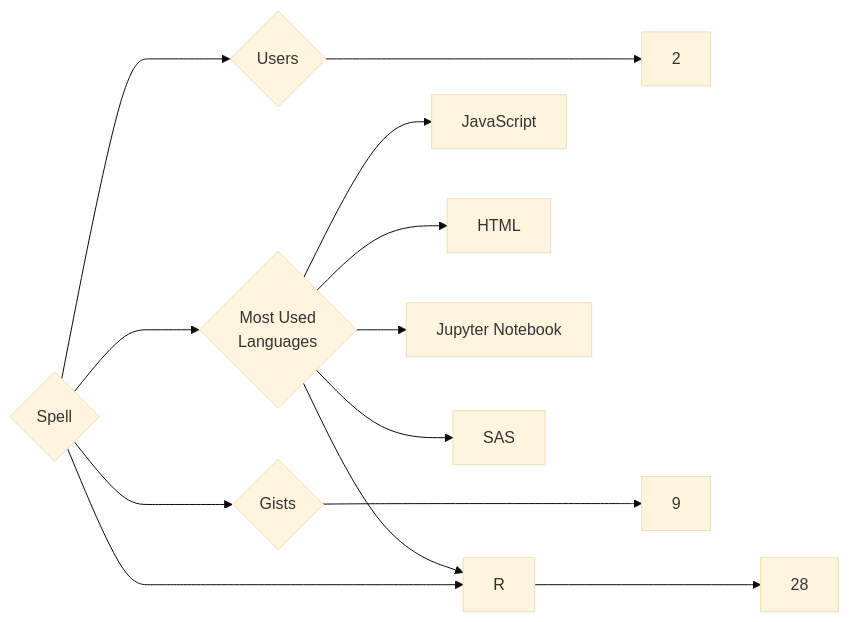
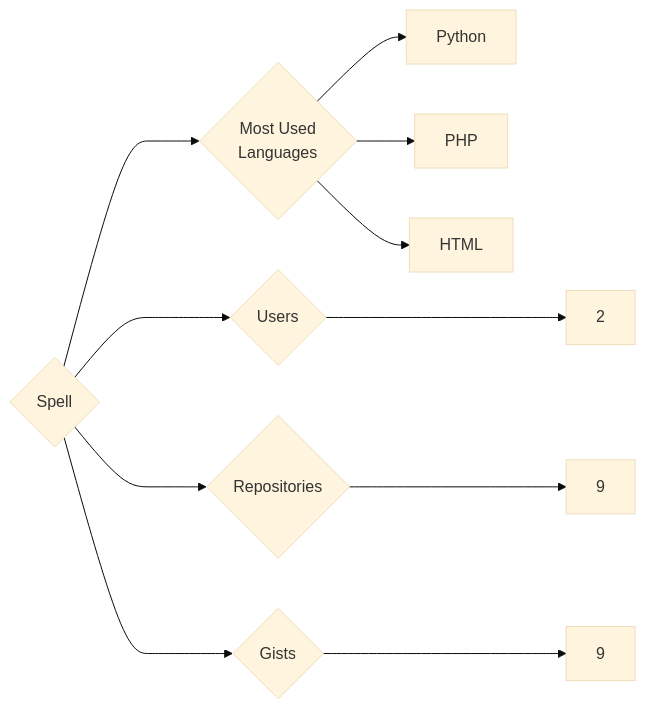
The diagram in targets/Spell/README.md (trickest/insiders), drawn with Mermaid (base theme) before and after one commit. The commit also changed 682 other files, not shown here.

````diff
--- a/targets/Spell/README.md
+++ b/targets/Spell/README.md
@@ -3,13 +3,11 @@
 ```mermaid
 graph LR
 COMPANY_NAME{Spell}
 COMPANY_NAME ---> U{Users} ---> UN[2]
-COMPANY_NAME ---> R{Repositories} ---> RN[28]
+COMPANY_NAME ---> R{Repositories} ---> RN[9]
 COMPANY_NAME ---> G{Gists} ---> GN[9]
 COMPANY_NAME ---> ML{Most Used<br>Languages}
-ML --> JavaScript[JavaScript]
+ML --> Python[Python]
+ML --> PHP[PHP]
 ML --> HTML[HTML]
-ML --> Jupyter_Notebook[Jupyter Notebook]
-ML --> R[R]
-ML --> SAS[SAS]
 ```
````
